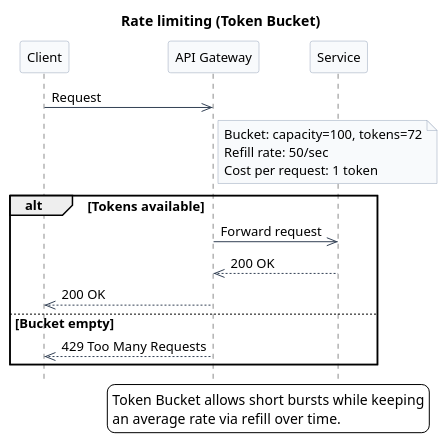
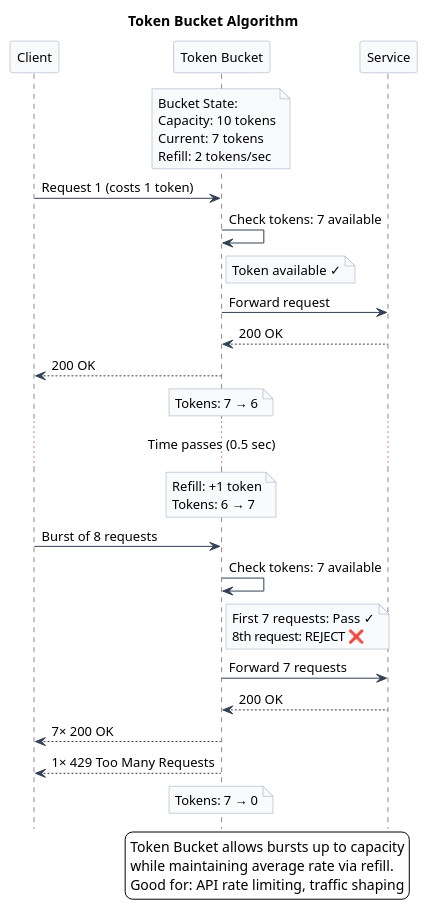
Diagram 29 of 33 in src/content/docs/high-level-design/fundamentals.md (VivekGupta137/vgblog), drawn with PlantUML before and after one commit. The commit also changed other lines of this file and 8 other files, not shown here.

````diff
--- a/src/content/docs/high-level-design/fundamentals.md
+++ b/src/content/docs/high-level-design/fundamentals.md
@@ -632,35 +1691,49 @@
 ```plantuml
 @startuml
-title Rate limiting (Token Bucket)
+title Token Bucket Algorithm
 skinparam backgroundColor #ffffff
 skinparam Shadowing false
 skinparam DefaultFontName Arial
 skinparam DefaultFontSize 13
 skinparam sequenceArrowColor #334155
 skinparam sequenceParticipantBorderColor #94a3b8
 skinparam sequenceParticipantBackgroundColor #f8fafc
 skinparam noteBackgroundColor #f8fafc
 skinparam noteBorderColor #94a3b8
 hide footbox
 participant Client
-participant Gateway as "API Gateway"
+participant "Token Bucket" as Bucket
 participant Service
-Client ->> Gateway: Request
-note right of Gateway
-Bucket: capacity=100, tokens=72
-Refill rate: 50/sec
-Cost per request: 1 token
+note over Bucket
+Bucket State:
+Capacity: 10 tokens
+Current: 7 tokens
+Refill: 2 tokens/sec
 end note
-alt Tokens available
-	Gateway ->> Service: Forward request
-	Service -->> Gateway: 200 OK
-	Gateway -->> Client: 200 OK
-else Bucket empty
-	Gateway -->> Client: 429 Too Many Requests
-end
+Client -> Bucket: Request 1 (costs 1 token)
+Bucket -> Bucket: Check tokens: 7 available
+note right of Bucket: Token available ✓
+Bucket -> Service: Forward request
+Service --> Bucket: 200 OK
+Bucket --> Client: 200 OK
+note over Bucket: Tokens: 7 → 6
+...Time passes (0.5 sec)...
+note over Bucket: Refill: +1 token\nTokens: 6 → 7
+Client -> Bucket: Burst of 8 requests
+Bucket -> Bucket: Check tokens: 7 available
+note right of Bucket
+First 7 requests: Pass ✓
+8th request: REJECT ❌
+end note
+Bucket -> Service: Forward 7 requests
+Service --> Bucket: 200 OK
+Bucket --> Client: 7× 200 OK
+Bucket --> Client: 1× 429 Too Many Requests
+note over Bucket: Tokens: 7 → 0
 legend right
-Token Bucket allows short bursts while keeping
-an average rate via refill over time.
+Token Bucket allows bursts up to capacity
+while maintaining average rate via refill.
+Good for: API rate limiting, traffic shaping
 endlegend
 @enduml
 ```
````
